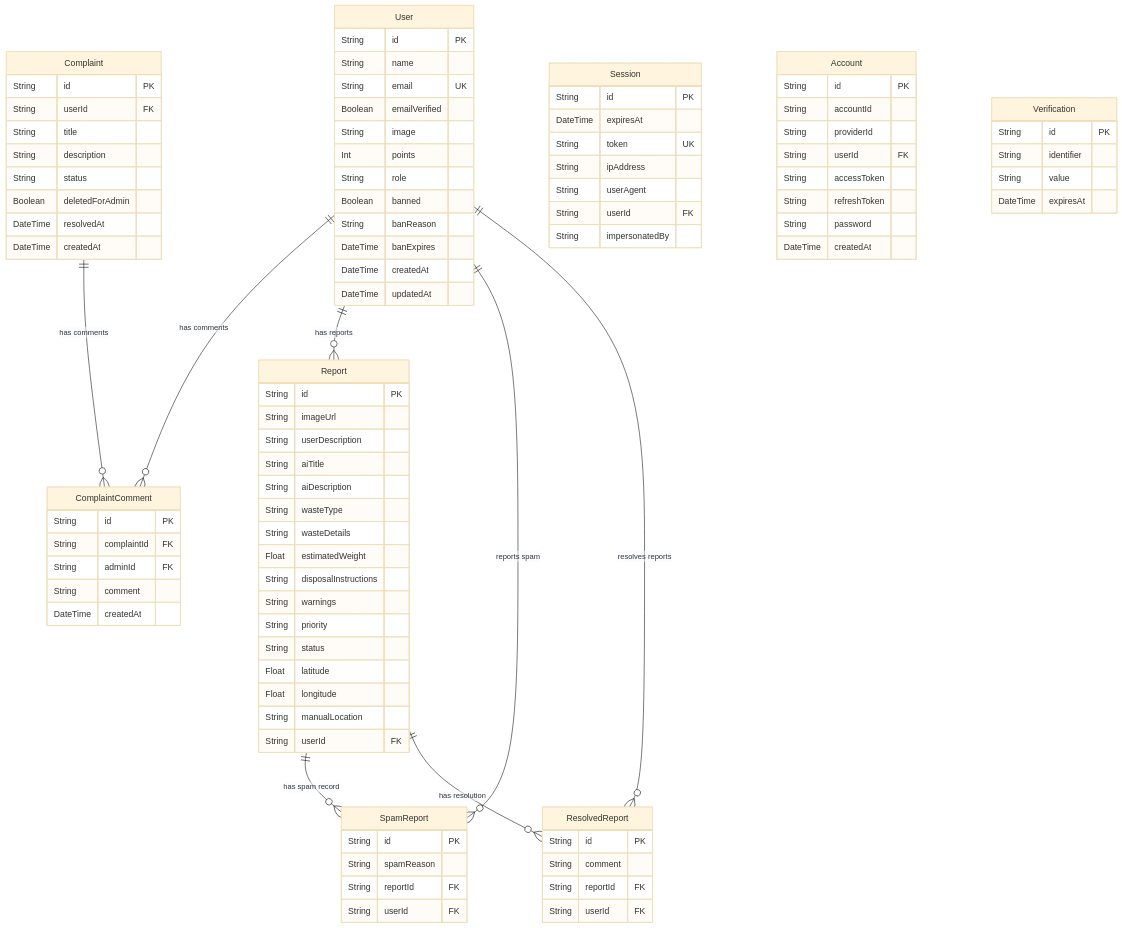
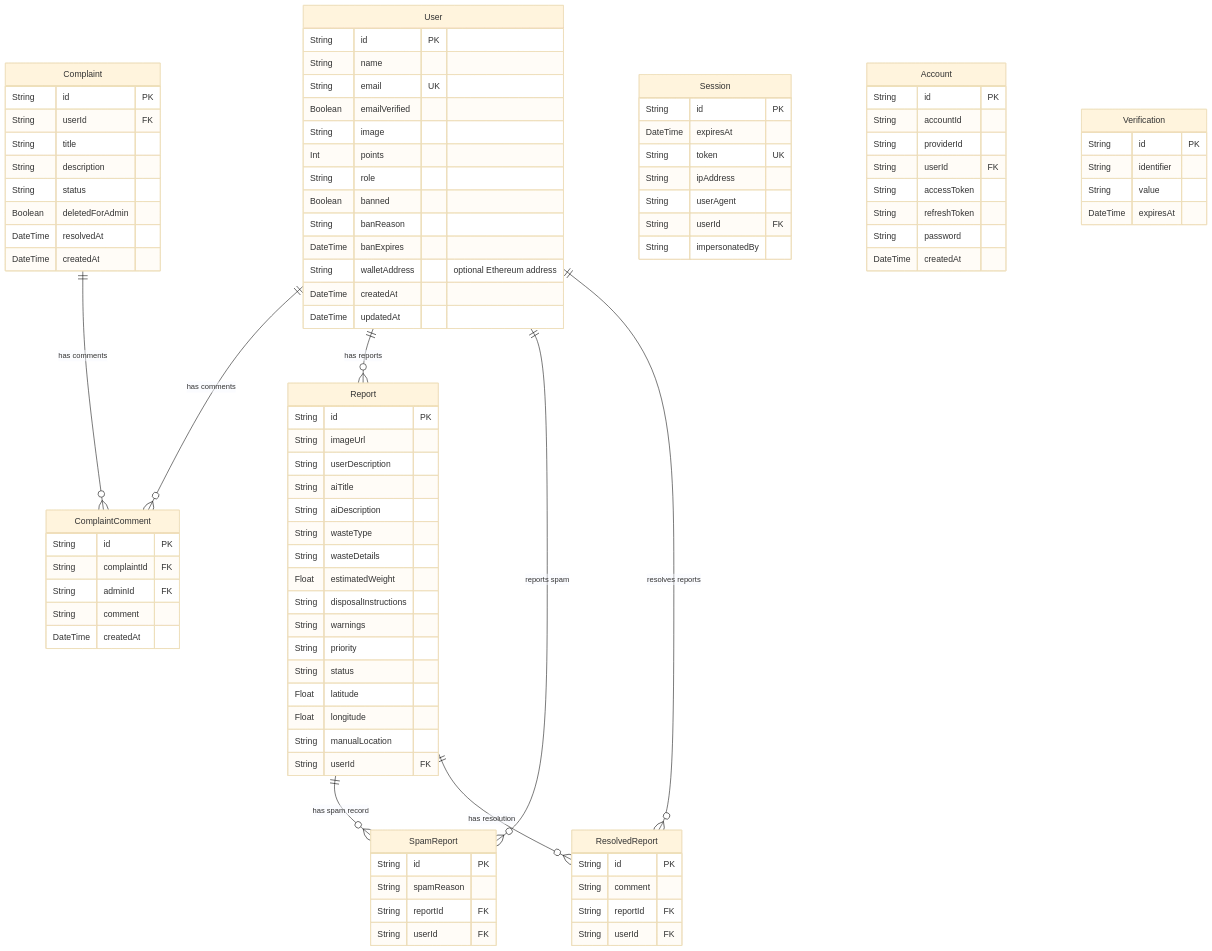
One commit to nilavtalukdar06/eco-swachh changed the first of 2 diagrams in README.md. Above: the diagram before and after it, drawn with Mermaid (base theme). The commit also changed other lines of this file and 7 other files, not shown here.

```diff
--- a/README.md
+++ b/README.md
@@ -235,6 +251,7 @@
         Boolean banned
         String banReason
         DateTime banExpires
+        String walletAddress "optional Ethereum address"
         DateTime createdAt
         DateTime updatedAt
     }
```
